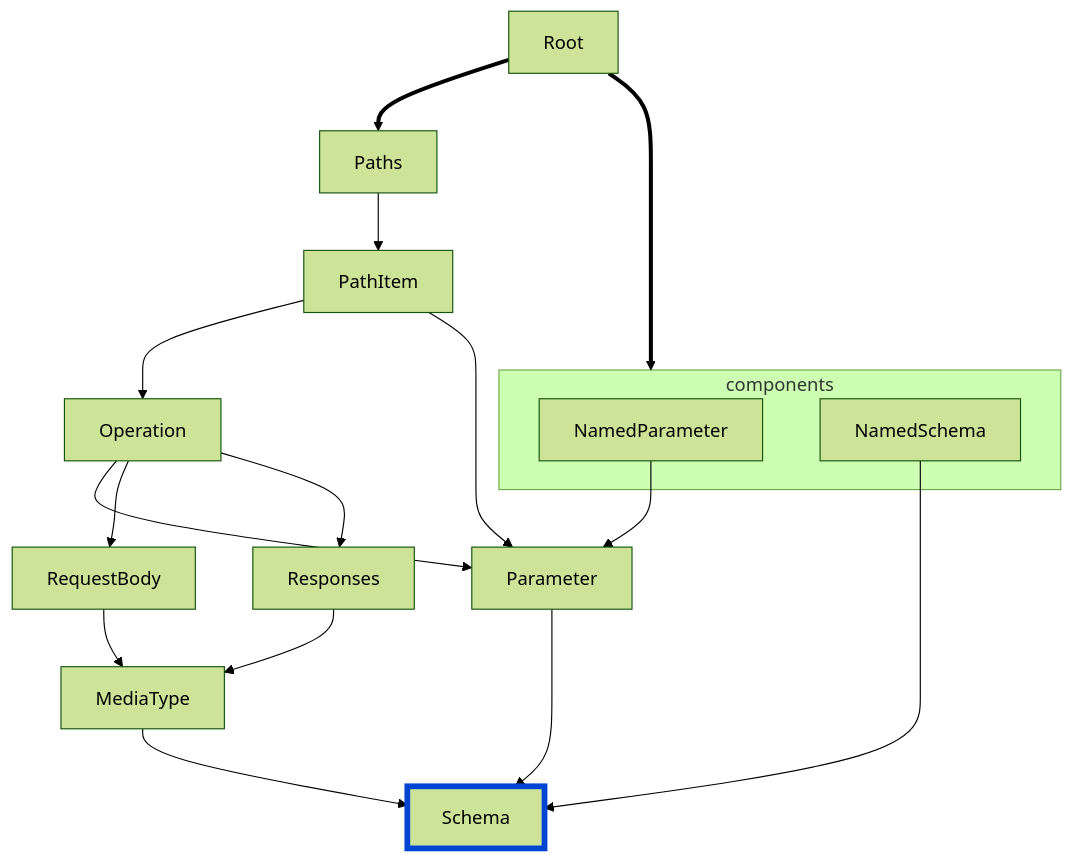
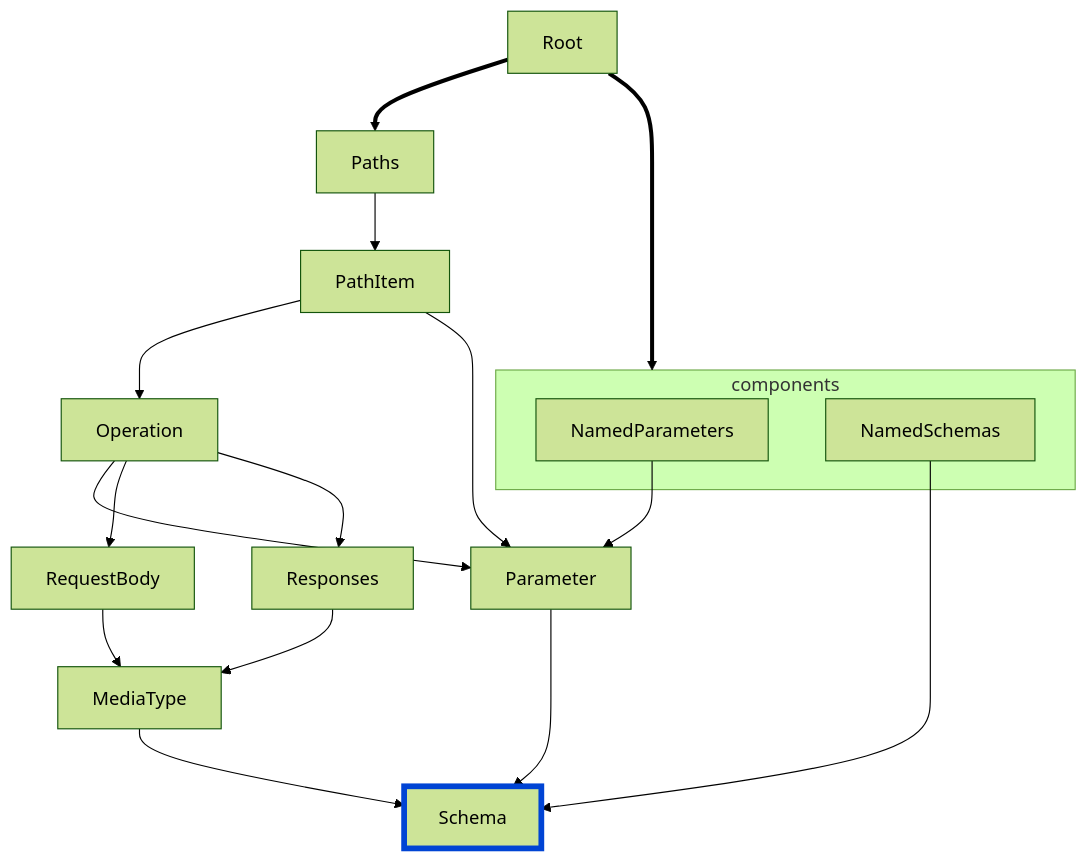
Before and after one commit to Redocly/redocly-cli: the diagram in docs/@v1/rules/oas/no-enum-type-mismatch.md, drawn with Mermaid (forest theme). The commit also changed 58 other files, not shown here.

````diff
--- a/docs/@v1/rules/oas/no-enum-type-mismatch.md
+++ b/docs/@v1/rules/oas/no-enum-type-mismatch.md
@@ -15,18 +15,18 @@
 ```mermaid
 flowchart TD
 
 Root ==> Paths --> PathItem --> Operation --> Parameter --> Schema
 PathItem --> Parameter
-NamedParameter --> Parameter
+NamedParameters --> Parameter
 Operation --> RequestBody --> MediaType --> Schema
 Operation --> Responses --> MediaType
-NamedSchema --> Schema
+NamedSchemas --> Schema
 Root ==> components
 
 subgraph components
-NamedParameter
-NamedSchema
+NamedParameters
+NamedSchemas
 end
 
 style Schema fill:#codaf9,stroke:#0044d4,stroke-width:5px
 ```
````
